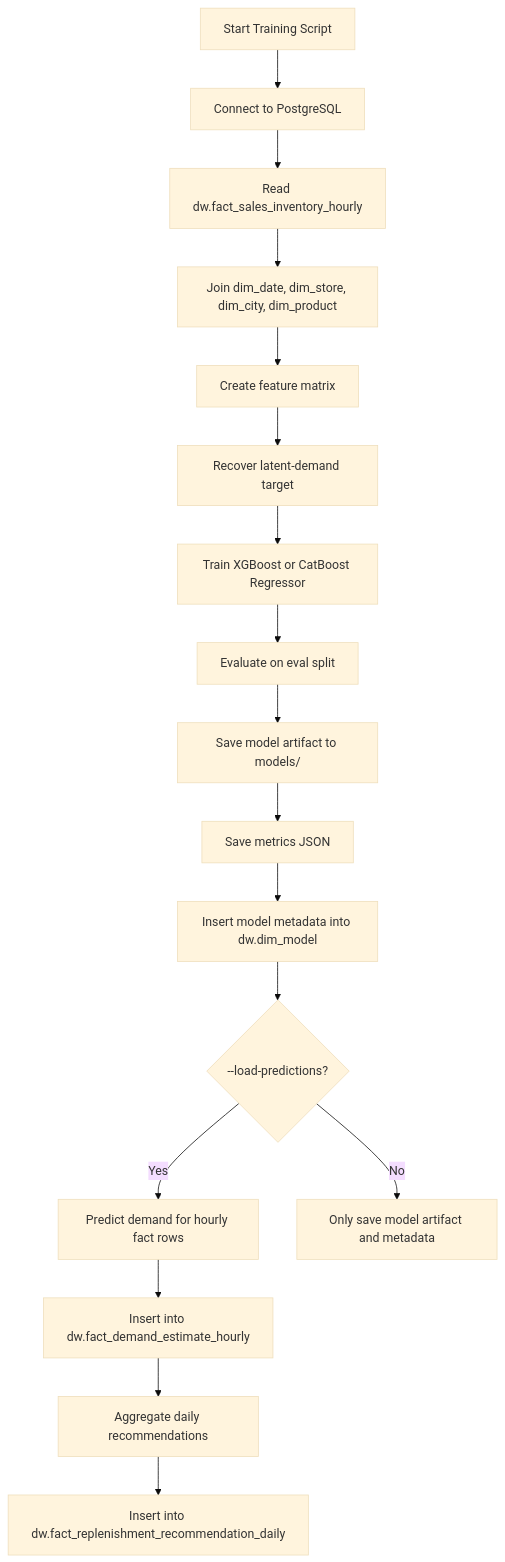
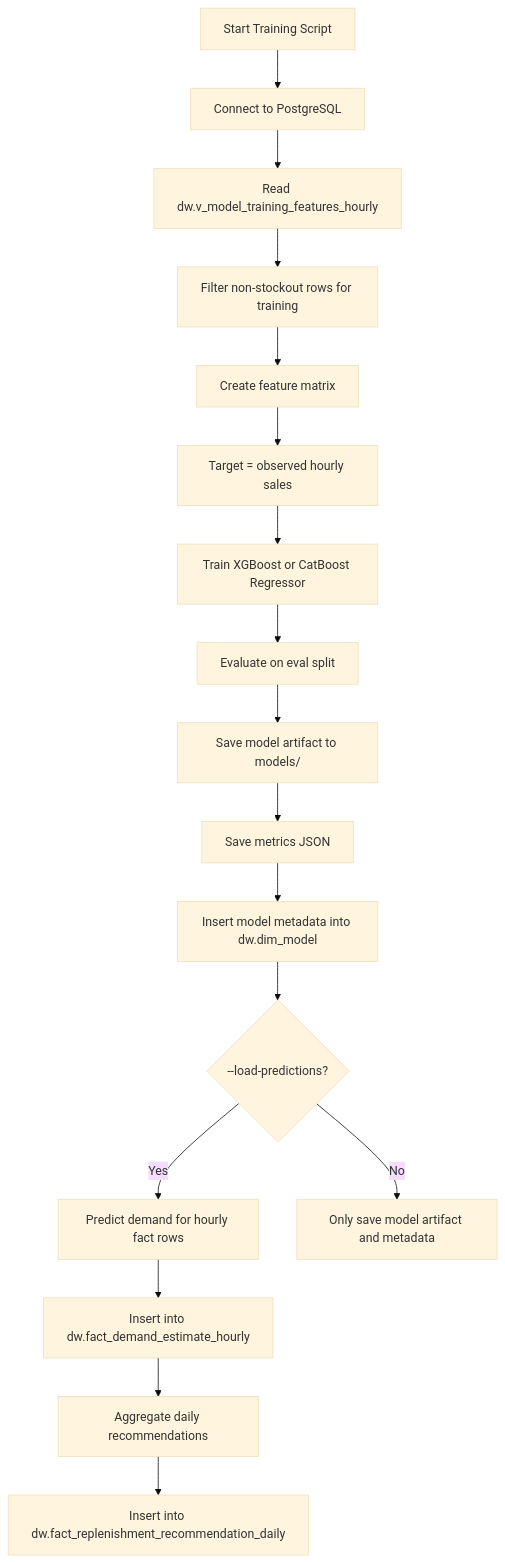
Before and after one commit to KenKout/ubiquitous-train: the sixth of 11 diagrams in docs/PROJECT_FLOW.md, drawn with Mermaid (base theme). The commit also changed other lines of this file and 9 other files, not shown here.

````diff
--- a/docs/PROJECT_FLOW.md
+++ b/docs/PROJECT_FLOW.md
@@ -485,19 +481,19 @@
 ```mermaid
 flowchart TD
     A[Start Training Script] --> B[Connect to PostgreSQL]
-    B --> C[Read dw.fact_sales_inventory_hourly]
-    C --> D[Join dim_date, dim_store, dim_city, dim_product]
+    B --> C[Read dw.v_model_training_features_hourly]
+    C --> D[Filter non-stockout rows for training]
     D --> E[Create feature matrix]
-    E --> F[Recover latent-demand target]
+    E --> F[Target = observed hourly sales]
     F --> G[Train XGBoost or CatBoost Regressor]
     G --> H[Evaluate on eval split]
     H --> I[Save model artifact to models/]
     I --> J[Save metrics JSON]
     J --> K[Insert model metadata into dw.dim_model]
     K --> L{--load-predictions?}
     L -->|Yes| M[Predict demand for hourly fact rows]
     M --> N[Insert into dw.fact_demand_estimate_hourly]
     N --> O[Aggregate daily recommendations]
     O --> P[Insert into dw.fact_replenishment_recommendation_daily]
     L -->|No| Q[Only save model artifact and metadata]
 ```
````
